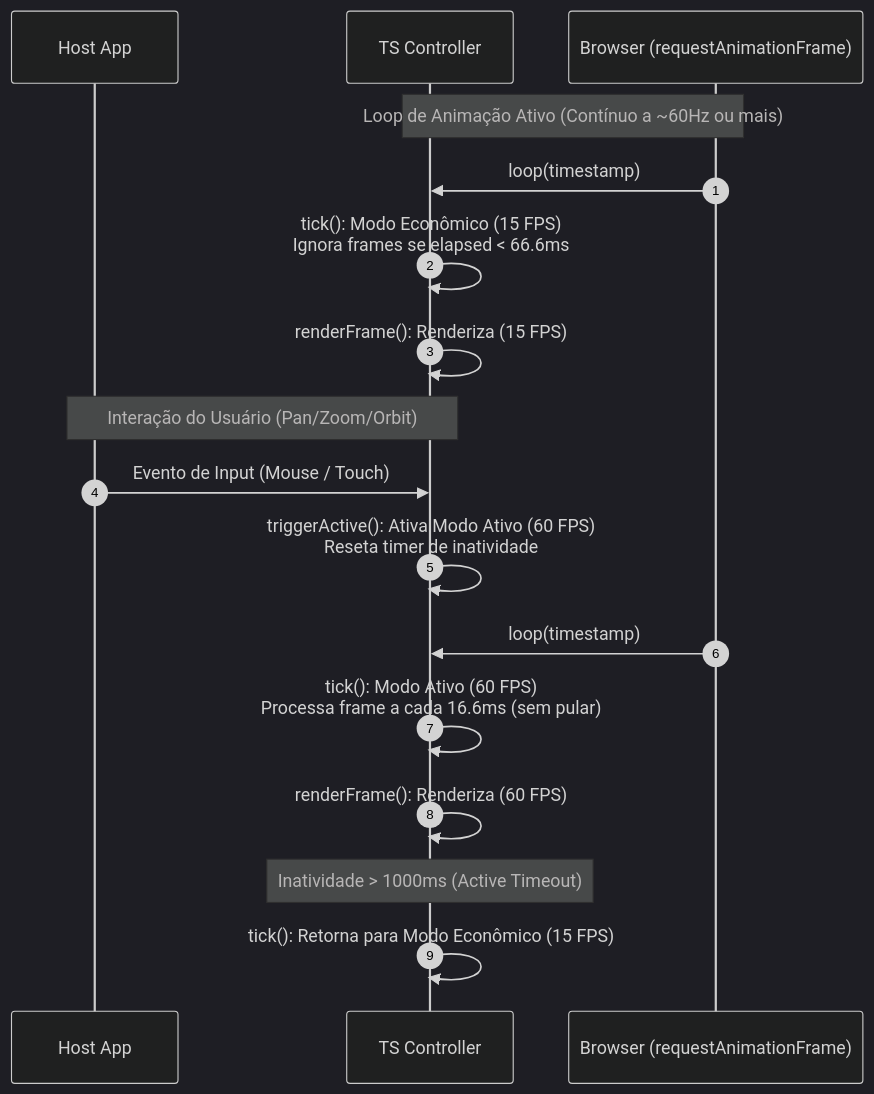
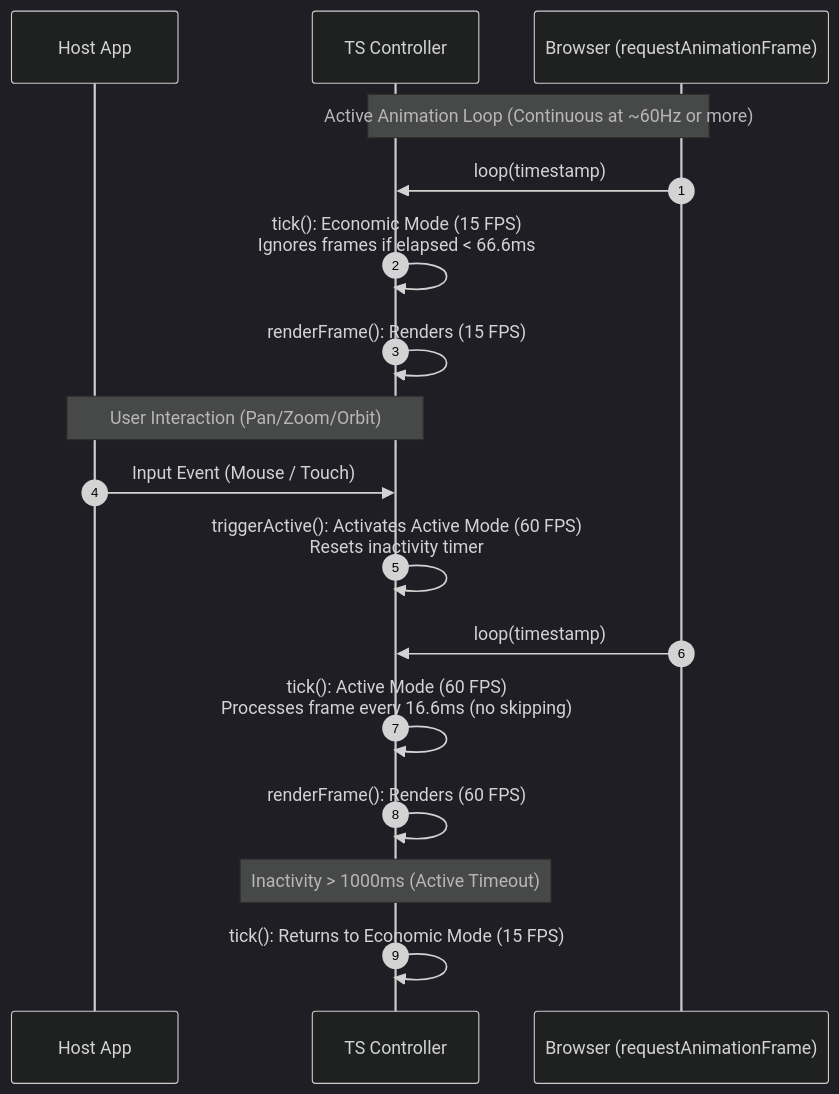
Before and after one commit to rodoni/olayer: the diagram in docs/sdk/ts/controller/arch.md, drawn with Mermaid (dark theme). The commit also changed other lines of this file and 29 other files, not shown here.

````diff
--- a/docs/sdk/ts/controller/arch.md
+++ b/docs/sdk/ts/controller/arch.md
@@ -99,23 +99,23 @@
 ```mermaid
 sequenceDiagram
     autonumber
     participant Host as Host App
     participant SDK as TS Controller
     participant Browser as Browser (requestAnimationFrame)
 
-    Note over SDK, Browser: Loop de Animação Ativo (Contínuo a ~60Hz ou mais)
+    Note over SDK, Browser: Active Animation Loop (Continuous at ~60Hz or more)
     Browser->>SDK: loop(timestamp)
-    SDK->>SDK: tick(): Modo Econômico (15 FPS)<br>Ignora frames se elapsed < 66.6ms
-    SDK->>SDK: renderFrame(): Renderiza (15 FPS)
+    SDK->>SDK: tick(): Economic Mode (15 FPS)<br>Ignores frames if elapsed < 66.6ms
+    SDK->>SDK: renderFrame(): Renders (15 FPS)
 
-    Note over Host, SDK: Interação do Usuário (Pan/Zoom/Orbit)
-    Host->>SDK: Evento de Input (Mouse / Touch)
-    SDK->>SDK: triggerActive(): Ativa Modo Ativo (60 FPS)<br>Reseta timer de inatividade
+    Note over Host, SDK: User Interaction (Pan/Zoom/Orbit)
+    Host->>SDK: Input Event (Mouse / Touch)
+    SDK->>SDK: triggerActive(): Activates Active Mode (60 FPS)<br>Resets inactivity timer
 
     Browser->>SDK: loop(timestamp)
-    SDK->>SDK: tick(): Modo Ativo (60 FPS)<br>Processa frame a cada 16.6ms (sem pular)
-    SDK->>SDK: renderFrame(): Renderiza (60 FPS)
+    SDK->>SDK: tick(): Active Mode (60 FPS)<br>Processes frame every 16.6ms (no skipping)
+    SDK->>SDK: renderFrame(): Renders (60 FPS)
 
-    Note over SDK: Inatividade > 1000ms (Active Timeout)
-    SDK->>SDK: tick(): Retorna para Modo Econômico (15 FPS)
+    Note over SDK: Inactivity > 1000ms (Active Timeout)
+    SDK->>SDK: tick(): Returns to Economic Mode (15 FPS)
 ```
````
